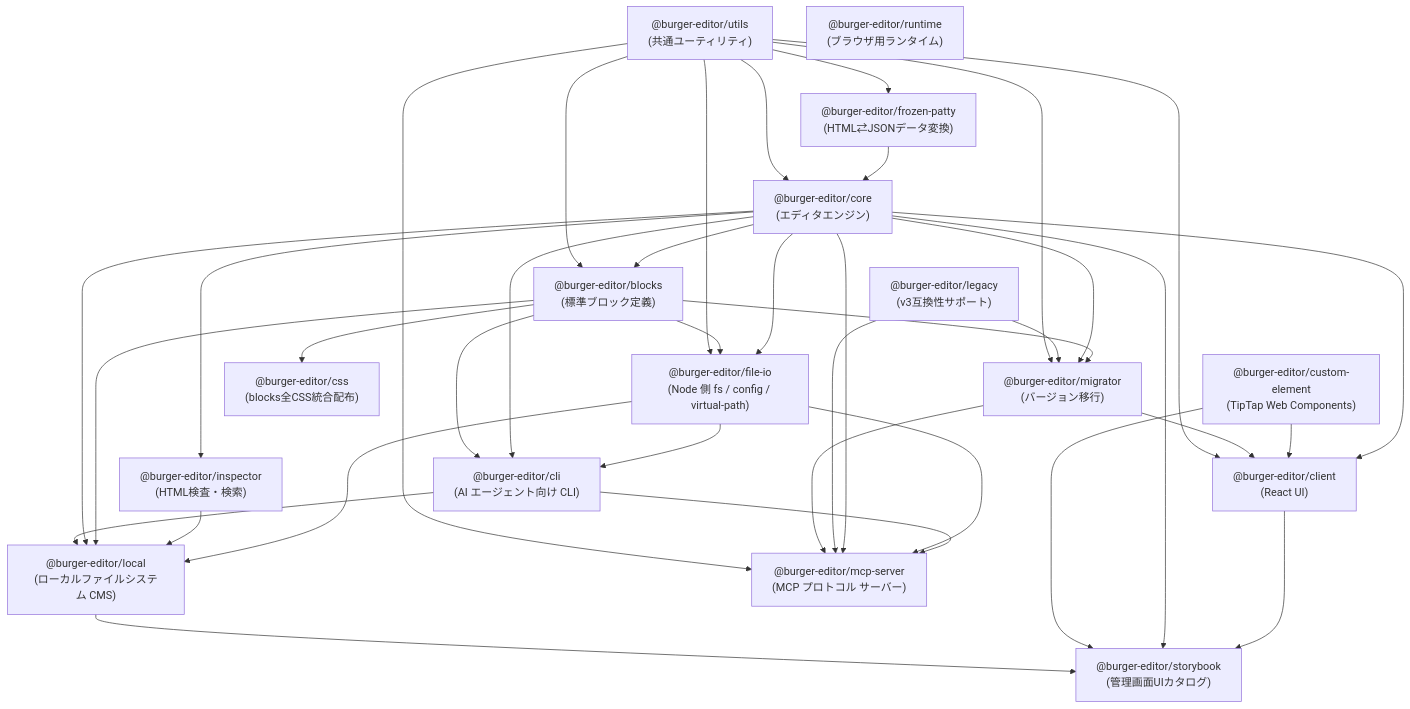
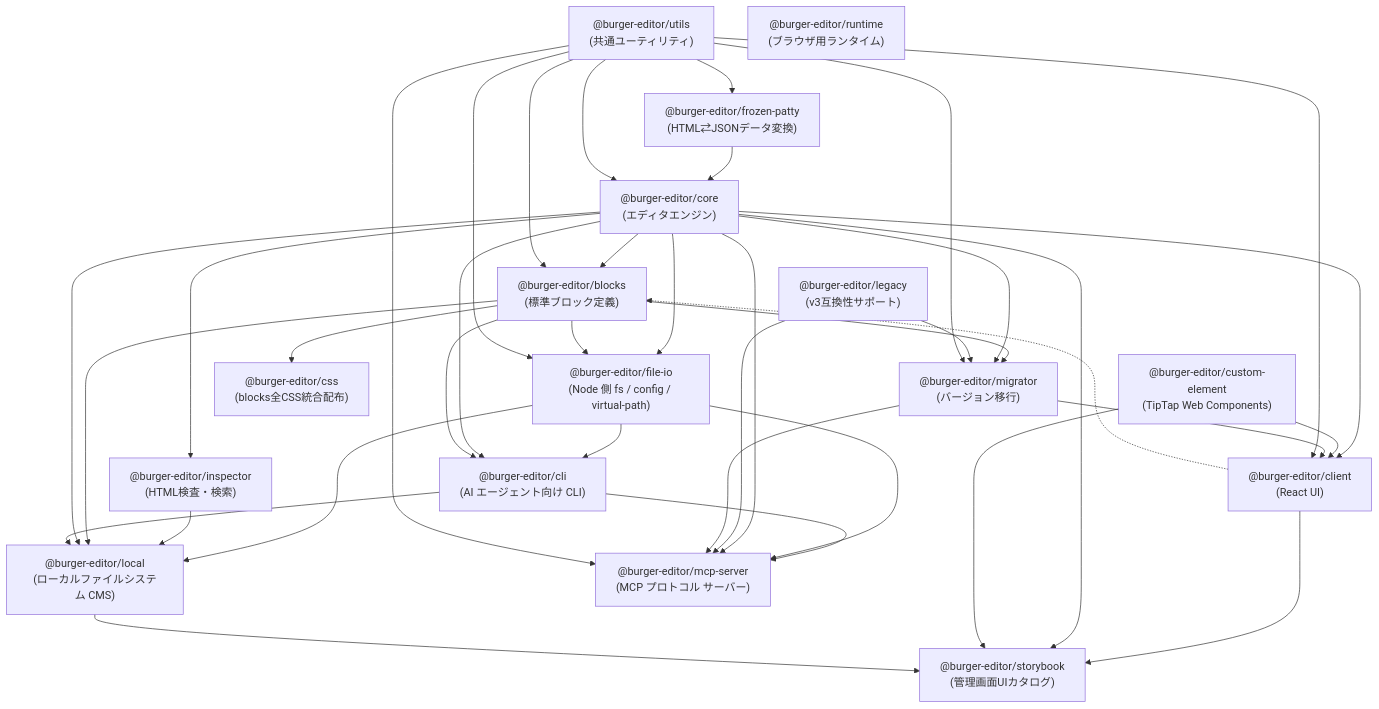
Before and after one commit to d-zero-dev/BurgerEditor: the diagram in ARCHITECTURE.md, drawn with Mermaid. The commit also changed other lines of this file, not shown here.

First line of the commit message:
docs(repo): describe the two entries of blocks and why Node.js must use the root

```diff
--- a/ARCHITECTURE.md
+++ b/ARCHITECTURE.md
@@ -33,6 +33,8 @@
     %% Block dependencies
     core --> blocks
     utils --> blocks
+    %% blocks/editor サブパスのみ（ルートエントリは client に依存しない）
+    client -.-> blocks
 
     %% CSS distribution
     blocks --> css
```
